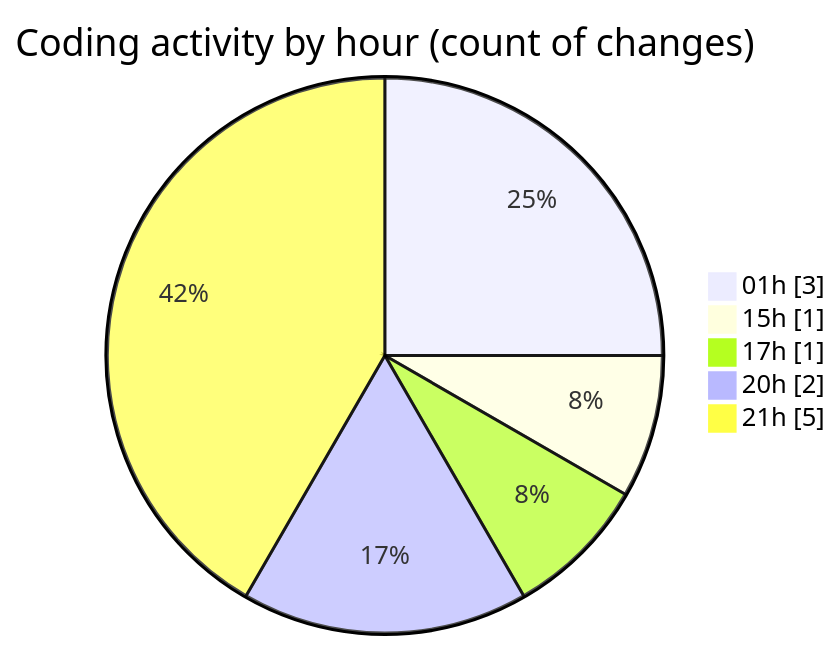
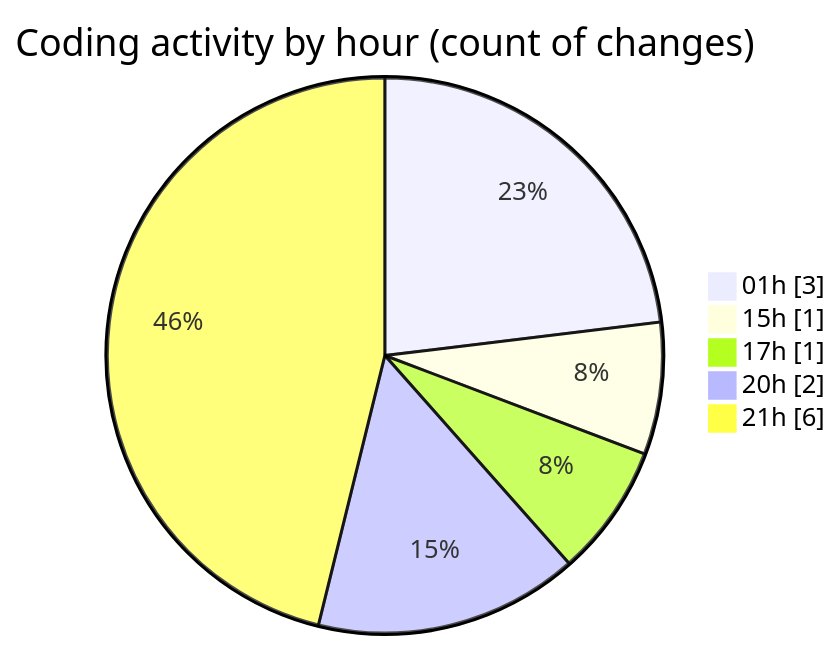
The second of 2 diagrams in 2025-11-24/eventscop-api-guide__workspace_/README.md (julien-gomy/code-tracking), drawn with Mermaid before and after one commit. The commit also changed other lines of this file and 1 other file, not shown here.

````diff
--- a/2025-11-24/eventscop-api-guide__workspace_/README.md
+++ b/2025-11-24/eventscop-api-guide__workspace_/README.md
@@ -32,9 +32,9 @@
 ```mermaid
 pie showData
 title Coding activity by hour (count of changes)
 "01h" : 3
 "15h" : 1
 "17h" : 1
 "20h" : 2
-"21h" : 5
+"21h" : 6
 ```
````
